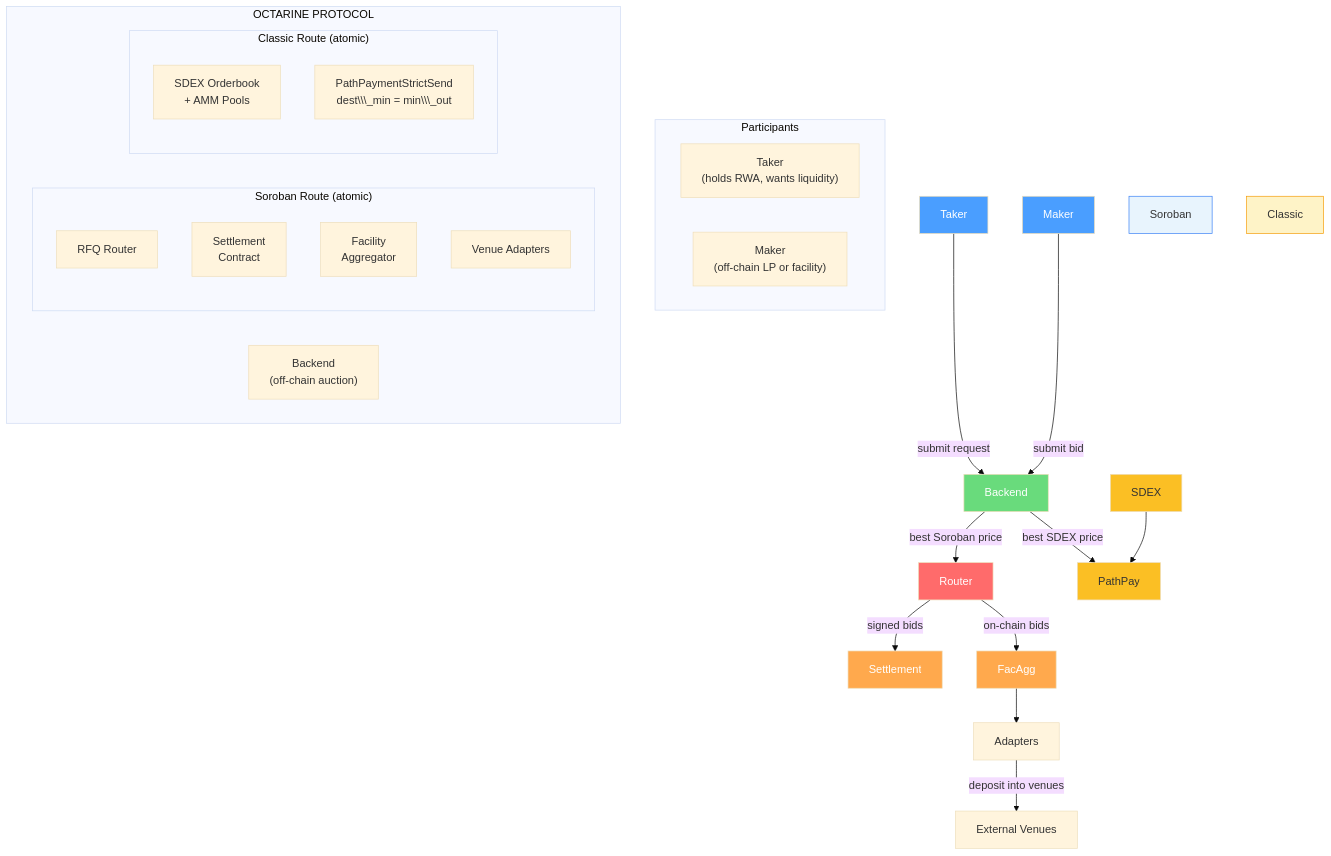
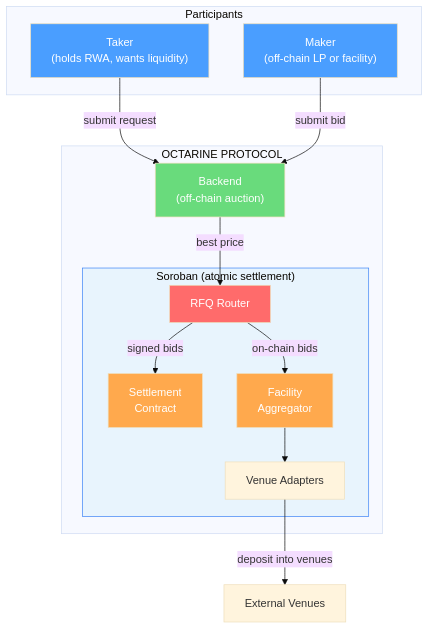
Before and after one commit to mystic-finance/Stellar-RFQ: the first of 8 diagrams in docs/TECHNICAL_ARCHITECTURE.md, drawn with Mermaid (base theme). The commit also changed other lines of this file, not shown here.

````diff
--- a/docs/TECHNICAL_ARCHITECTURE.md
+++ b/docs/TECHNICAL_ARCHITECTURE.md
@@ -70,44 +70,34 @@
 ```mermaid
 graph TB
     subgraph Participants
-        Taker\\\["Taker<br/>(holds RWA, wants liquidity)"]
-        Maker\\\["Maker<br/>(off-chain LP or facility)"]
+        Taker["Taker<br/>(holds RWA, wants liquidity)"]
+        Maker["Maker<br/>(off-chain LP or facility)"]
     end
 
-    subgraph Octarine\\\["OCTARINE PROTOCOL"]
-        Backend\\\["Backend<br/>(off-chain auction)"]
+    subgraph Octarine["OCTARINE PROTOCOL"]
+        Backend["Backend<br/>(off-chain auction)"]
         
-        subgraph Soroban\\\["Soroban Route (atomic)"]
-            Router\\\["RFQ Router"]
-            Settlement\\\["Settlement<br/>Contract"]
-            FacAgg\\\["Facility<br/>Aggregator"]
-            Adapters\\\["Venue Adapters"]
-        end
-
-        subgraph Classic\\\["Classic Route (atomic)"]
-            SDEX\\\["SDEX Orderbook<br/>+ AMM Pools"]
-            PathPay\\\["PathPaymentStrictSend<br/>dest\\\_min = min\\\_out"]
+        subgraph Soroban["Soroban (atomic settlement)"]
+            Router["RFQ Router"]
+            Settlement["Settlement<br/>Contract"]
+            FacAgg["Facility<br/>Aggregator"]
+            Adapters["Venue Adapters"]
         end
     end
 
     Taker -->|"submit request"| Backend
     Maker -->|"submit bid"| Backend
-    Backend -->|"best Soroban price"| Router
-    Backend -->|"best SDEX price"| PathPay
+    Backend -->|"best price"| Router
     Router -->|"signed bids"| Settlement
     Router -->|"on-chain bids"| FacAgg
     FacAgg --> Adapters
-    Adapters -->|"deposit into venues"| Venues\\\["External Venues"]
-    SDEX --> PathPay
+    Adapters -->|"deposit into venues"| Venues["External Venues"]
 
     style Taker fill:#4a9eff,color:#fff
     style Maker fill:#4a9eff,color:#fff
     style Router fill:#ff6b6b,color:#fff
     style Settlement fill:#ffa94d,color:#fff
     style FacAgg fill:#ffa94d,color:#fff
     style Backend fill:#69db7c,color:#fff
-    style SDEX fill:#fbbf24,color:#333
-    style PathPay fill:#fbbf24,color:#333
     style Soroban fill:#e8f4fd,stroke:#3b82f6
-    style Classic fill:#fef3c7,stroke:#f59e0b
 ```
````
